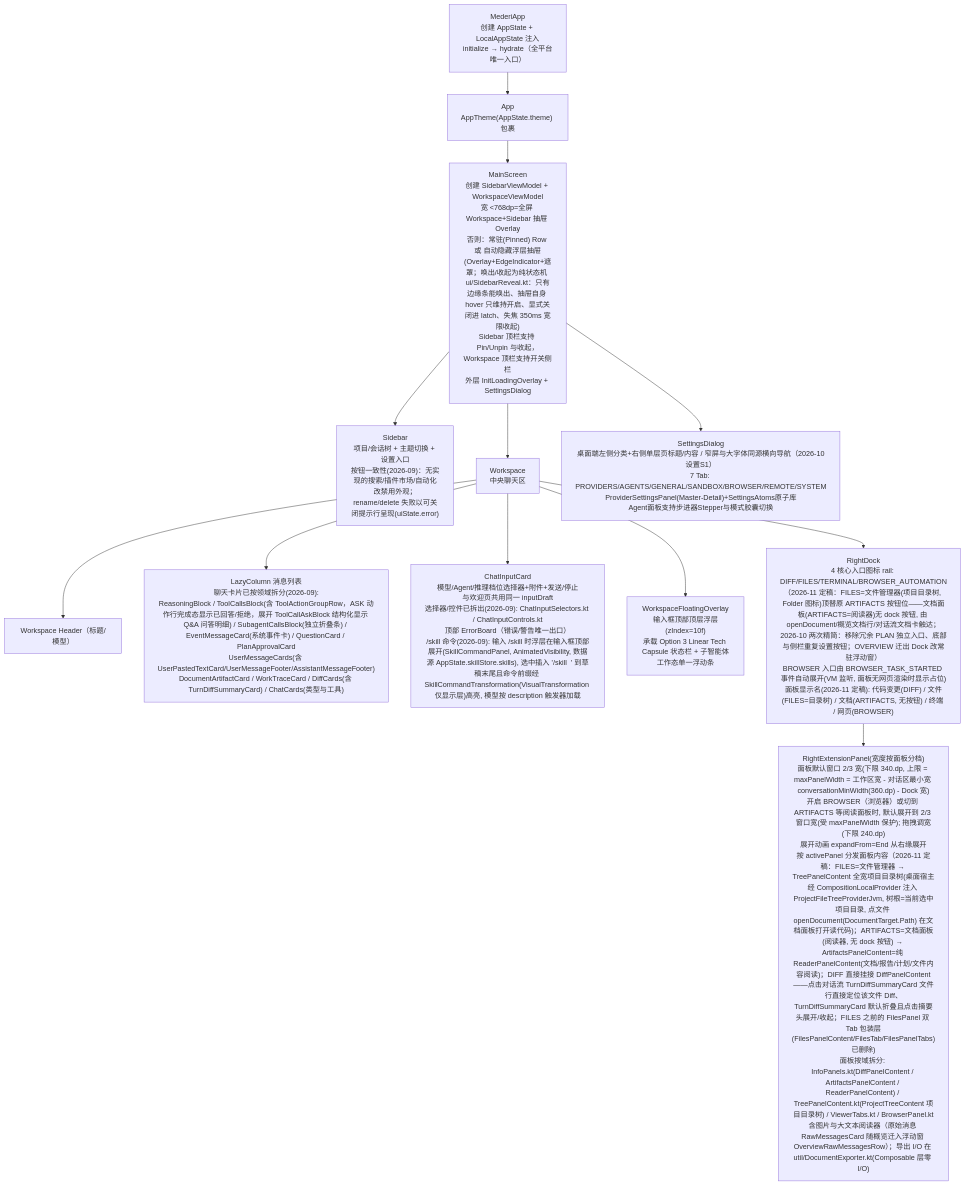
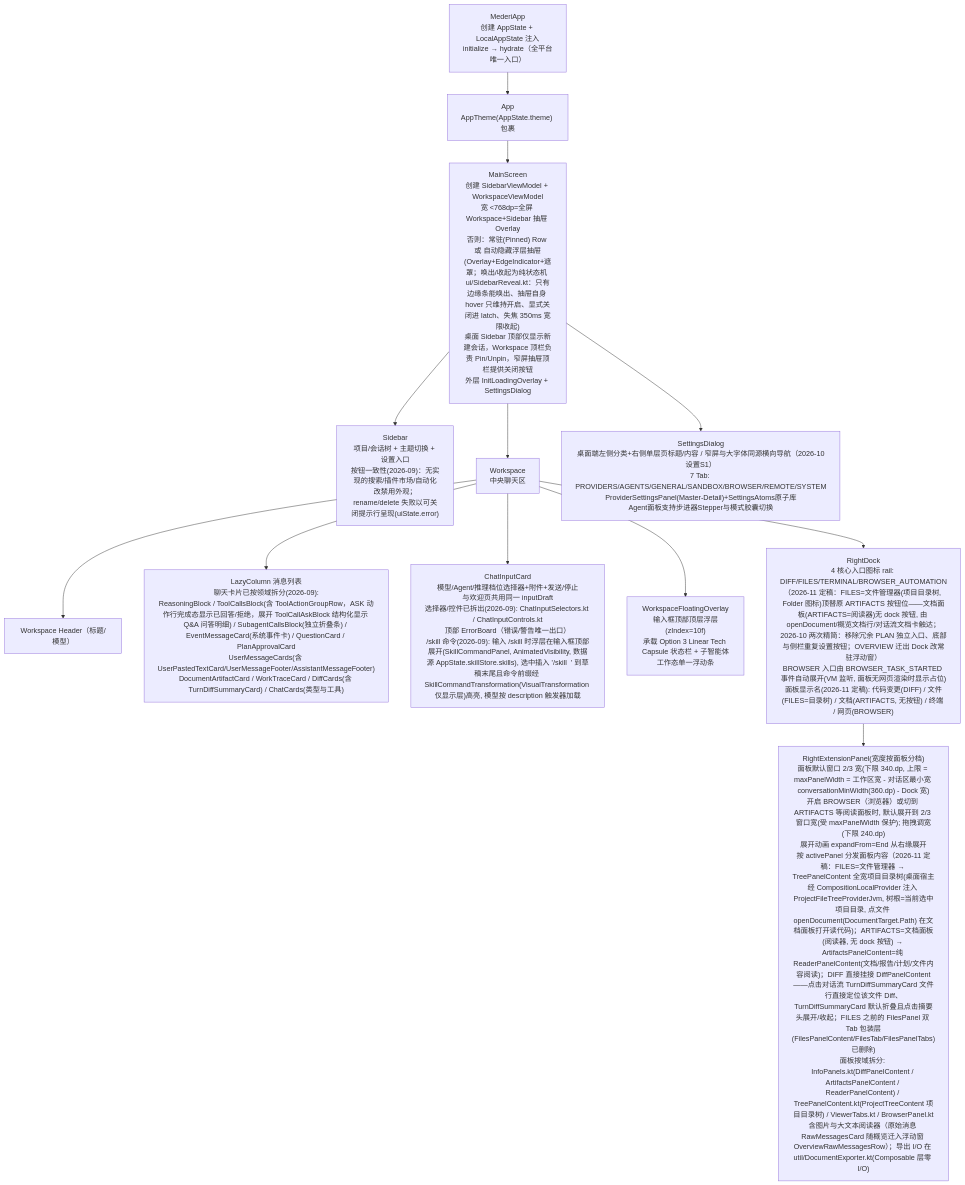
Before and after one commit to lzdev42/mederi: the third of 4 diagrams in docs/architecture/02-app-shared.md, drawn with Mermaid. The commit also changed other lines of this file and 227 other files, not shown here.

````diff
--- a/docs/architecture/02-app-shared.md
+++ b/docs/architecture/02-app-shared.md
@@ -491,24 +500,24 @@
 ```mermaid
 flowchart TD
     MA["MederiApp<br/>创建 AppState + LocalAppState 注入<br/>initialize → hydrate（全平台唯一入口）"]
     APP["App<br/>AppTheme(AppState.theme) 包裹"]
-    MS["MainScreen<br/>创建 SidebarViewModel + WorkspaceViewModel<br/>宽 <768dp=全屏 Workspace+Sidebar 抽屉 Overlay<br/>否则：常驻(Pinned) Row 或 自动隐藏浮层抽屉(Overlay+EdgeIndicator+遮罩；唤出/收起为纯状态机 ui/SidebarReveal.kt：只有边缘条能唤出、抽屉自身 hover 只维持开启、显式关闭进 latch、失焦 350ms 宽限收起)<br/>Sidebar 顶栏支持 Pin/Unpin 与收起，Workspace 顶栏支持开关侧栏<br/>外层 InitLoadingOverlay + SettingsDialog"]
+    MS["MainScreen<br/>创建 SidebarViewModel + WorkspaceViewModel<br/>宽 <768dp=全屏 Workspace+Sidebar 抽屉 Overlay<br/>否则：常驻(Pinned) Row 或 自动隐藏浮层抽屉(Overlay+EdgeIndicator+遮罩；唤出/收起为纯状态机 ui/SidebarReveal.kt：只有边缘条能唤出、抽屉自身 hover 只维持开启、显式关闭进 latch、失焦 350ms 宽限收起)<br/>桌面 Sidebar 顶部仅显示新建会话，Workspace 顶栏负责 Pin/Unpin，窄屏抽屉顶栏提供关闭按钮<br/>外层 InitLoadingOverlay + SettingsDialog"]
     SB["Sidebar<br/>项目/会话树 + 主题切换 + 设置入口<br/>按钮一致性(2026-09)：无实现的搜索/插件市场/自动化改禁用外观；rename/delete 失败以可关闭提示行呈现(uiState.error)"]
     WS["Workspace<br/>中央聊天区"]
     HDR["Workspace Header（标题/模型）"]
     LIST["LazyColumn 消息列表<br/>聊天卡片已按领域拆分(2026-09):<br/>ReasoningBlock / ToolCallsBlock(含 ToolActionGroupRow，ASK 动作行完成态显示已回答/拒绝，展开 ToolCallAskBlock 结构化显示 Q&A 问答明细) / SubagentCallsBlock(独立折叠条) / EventMessageCard(系统事件卡) / QuestionCard / PlanApprovalCard<br/>UserMessageCards(含 UserPastedTextCard/UserMessageFooter/AssistantMessageFooter)<br/>DocumentArtifactCard / WorkTraceCard / DiffCards(含 TurnDiffSummaryCard) / ChatCards(类型与工具)"]
     INPUT["ChatInputCard<br/>模型/Agent/推理档位选择器+附件+发送/停止<br/>与欢迎页共用同一 inputDraft<br/>选择器/控件已拆出(2026-09): ChatInputSelectors.kt / ChatInputControls.kt<br/>顶部 ErrorBoard（错误/警告唯一出口）<br/>/skill 命令(2026-09): 输入 /skill 时浮层在输入框顶部展开(SkillCommandPanel, AnimatedVisibility, 数据源 AppState.skillStore.skills), 选中插入 '/skill <name> ' 到草稿末尾且命令前缀经 SkillCommandTransformation(VisualTransformation 仅显示层)高亮, 模型按 description 触发器加载"]
     WFO["WorkspaceFloatingOverlay<br/>输入框顶部顶层浮层(zIndex=10f)<br/>承载 Option 3 Linear Tech Capsule 状态栏 + 子智能体工作态单一浮动条"]
     DOCK["RightDock<br/>4 核心入口图标 rail: DIFF/FILES/TERMINAL/BROWSER_AUTOMATION（2026-11 定稿：FILES=文件管理器(项目目录树, Folder 图标)顶替原 ARTIFACTS 按钮位——文档面板(ARTIFACTS=阅读器)无 dock 按钮, 由 openDocument/概览文档行/对话流文档卡触达；2026-10 两次精简：移除冗余 PLAN 独立入口、底部与侧栏重复设置按钮；OVERVIEW 迁出 Dock 改常驻浮动窗）<br/>BROWSER 入口由 BROWSER_TASK_STARTED 事件自动展开(VM 监听, 面板无网页渲染时显示占位)<br/>面板显示名(2026-11 定稿): 代码变更(DIFF) / 文件(FILES=目录树) / 文档(ARTIFACTS, 无按钮) / 终端 / 网页(BROWSER)"]
     REP["RightExtensionPanel(宽度按面板分档)<br/>面板默认窗口 2/3 宽(下限 340.dp, 上限 = maxPanelWidth = 工作区宽 - 对话区最小宽 conversationMinWidth(360.dp) - Dock 宽)<br/>开启 BROWSER（浏览器）或切到 ARTIFACTS 等阅读面板时, 默认展开到 2/3 窗口宽(受 maxPanelWidth 保护); 拖拽调宽(下限 240.dp)<br/>展开动画 expandFrom=End 从右缘展开<br/>按 activePanel 分发面板内容（2026-11 定稿：FILES=文件管理器 → TreePanelContent 全宽项目目录树(桌面宿主经 CompositionLocalProvider 注入 ProjectFileTreeProviderJvm, 树根=当前选中项目目录, 点文件 openDocument(DocumentTarget.Path) 在文档面板打开读代码)；ARTIFACTS=文档面板(阅读器, 无 dock 按钮) → ArtifactsPanelContent=纯 ReaderPanelContent(文档/报告/计划/文件内容阅读)；DIFF 直接挂接 DiffPanelContent——点击对话流 TurnDiffSummaryCard 文件行直接定位该文件 Diff、TurnDiffSummaryCard 默认折叠且点击摘要头展开/收起；FILES 之前的 FilesPanel 双 Tab 包装层(FilesPanelContent/FilesTab/FilesPanelTabs)已删除)<br/>面板按域拆分: InfoPanels.kt(DiffPanelContent / ArtifactsPanelContent / ReaderPanelContent) / TreePanelContent.kt(ProjectTreeContent 项目目录树) / ViewerTabs.kt / BrowserPanel.kt<br/>含图片与大文本阅读器（原始消息 RawMessagesCard 随概览迁入浮动窗 OverviewRawMessagesRow）；导出 I/O 在 util/DocumentExporter.kt(Composable 层零 I/O)"]
     SD["SettingsDialog<br/>桌面端左侧分类+右侧单层页标题/内容 / 窄屏与大字体同源横向导航（2026-10设置S1）<br/>7 Tab: PROVIDERS/AGENTS/GENERAL/SANDBOX/BROWSER/REMOTE/SYSTEM<br/>ProviderSettingsPanel(Master-Detail)+SettingsAtoms原子库<br/>Agent面板支持步进器Stepper与模式胶囊切换"]
     MA --> APP --> MS
     MS --> SB
     MS --> WS
     WS --> HDR
     WS --> LIST
     WS --> WFO
     WS --> INPUT
     WS --> DOCK --> REP
     MS --> SD
 ```
````
